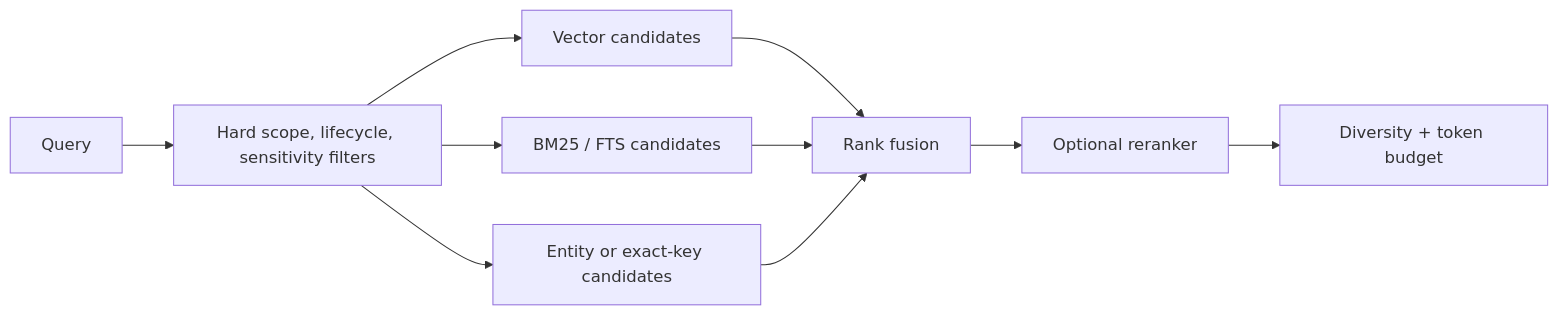
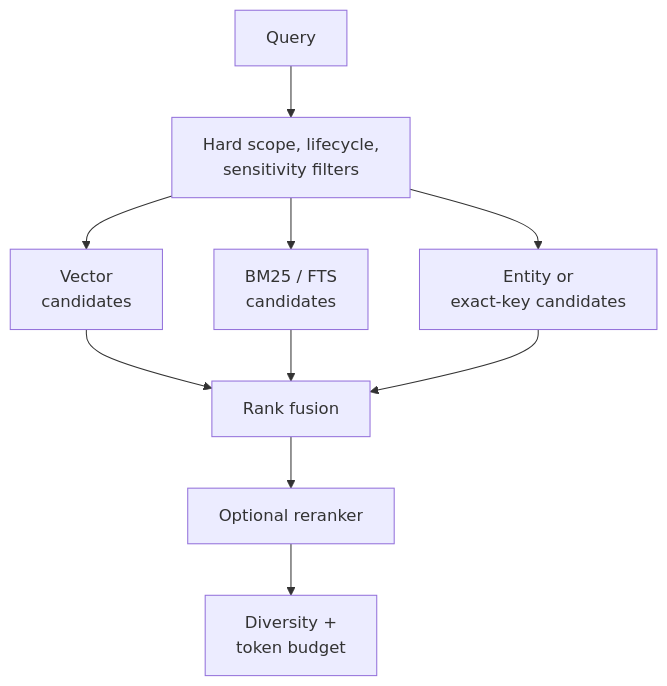
One commit to neoneye/agent-memory-atlas changed the diagram in content/patterns/hybrid-retrieval-fusion.md. Above: the diagram before and after it, drawn with Mermaid. The commit also changed 21 other files, not shown here.

````diff
--- a/content/patterns/hybrid-retrieval-fusion.md
+++ b/content/patterns/hybrid-retrieval-fusion.md
@@ -21,12 +21,12 @@
 ```mermaid
-flowchart LR
-    Q["Query"] --> F["Hard scope, lifecycle, sensitivity filters"]
-    F --> V["Vector candidates"]
-    F --> L["BM25 / FTS candidates"]
-    F --> E["Entity or exact-key candidates"]
+flowchart TD
+    Q["Query"] --> F["Hard scope, lifecycle,<br/>sensitivity filters"]
+    F --> V["Vector<br/>candidates"]
+    F --> L["BM25 / FTS<br/>candidates"]
+    F --> E["Entity or<br/>exact-key candidates"]
     V --> R["Rank fusion"]
     L --> R
     E --> R
     R --> X["Optional reranker"]
-    X --> B["Diversity + token budget"]
+    X --> B["Diversity +<br/>token budget"]
 ```
````
